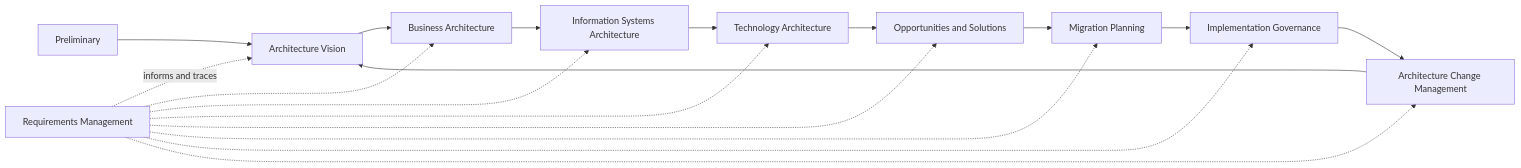
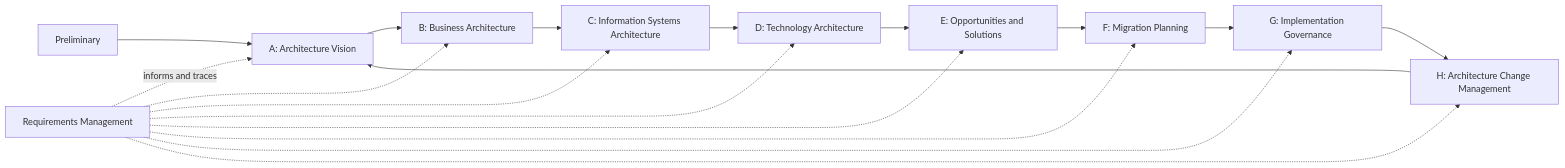
The third of 12 diagrams in 18_Enterprise_Architecture/CH01_TOGAF.md (joydasss/Architect), drawn with Mermaid before and after one commit. The commit also changed other lines of this file and 22 other files, not shown here.

Commit message:
Architecture changes

````diff
--- a/18_Enterprise_Architecture/CH01_TOGAF.md
+++ b/18_Enterprise_Architecture/CH01_TOGAF.md
@@ -13,20 +107,20 @@
 ```mermaid
 flowchart LR
-    Pre[Preliminary] --> A[Architecture Vision]
-    A --> B[Business Architecture]
-    B --> C[Information Systems Architecture]
-    C --> D[Technology Architecture]
-    D --> E[Opportunities and Solutions]
-    E --> F[Migration Planning]
-    F --> G[Implementation Governance]
-    G --> H[Architecture Change Management]
+    Pre[Preliminary] --> A[A: Architecture Vision]
+    A --> B[B: Business Architecture]
+    B --> C[C: Information Systems Architecture]
+    C --> D[D: Technology Architecture]
+    D --> E[E: Opportunities and Solutions]
+    E --> F[F: Migration Planning]
+    F --> G[G: Implementation Governance]
+    G --> H[H: Architecture Change Management]
     H --> A
     Req[Requirements Management] -. informs and traces .-> A
     Req -.-> B
     Req -.-> C
     Req -.-> D
     Req -.-> E
     Req -.-> F
     Req -.-> G
     Req -.-> H
 ```
````
